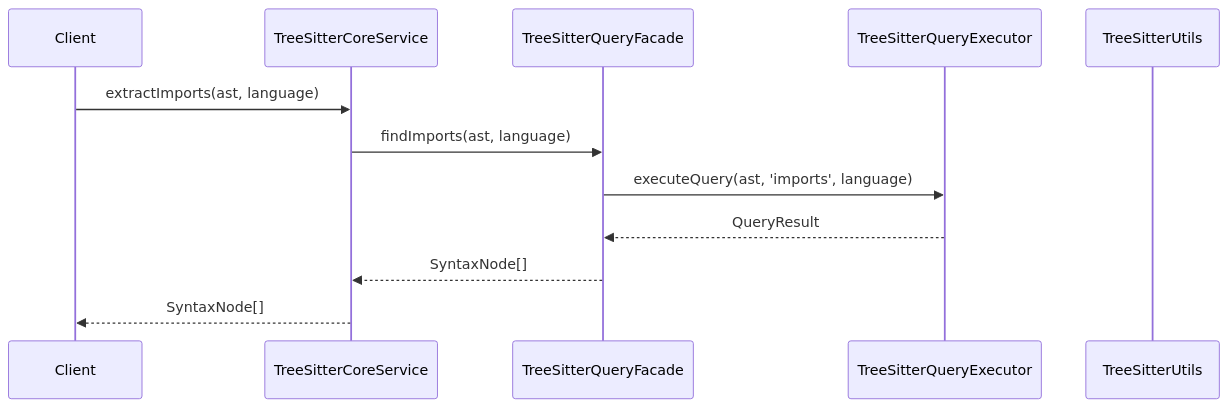
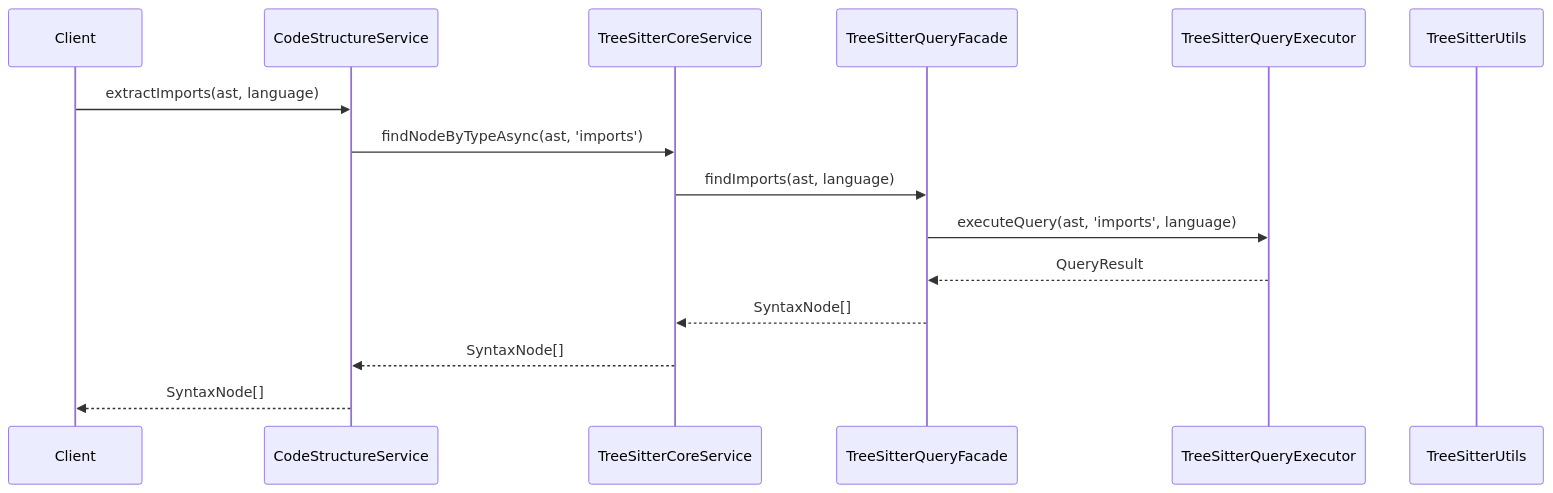
The second of 4 diagrams in src/service/parser/TreeSitter-Architecture-Responsibilities.md (kkkqkx123/code-search-helper), drawn with Mermaid before and after one commit. The commit also changed other lines of this file and 34 other files, not shown here.

````diff
--- a/src/service/parser/TreeSitter-Architecture-Responsibilities.md
+++ b/src/service/parser/TreeSitter-Architecture-Responsibilities.md
@@ -163,15 +224,18 @@
 ```mermaid
 sequenceDiagram
     participant Client
+    participant StructureService as CodeStructureService
     participant CoreService as TreeSitterCoreService
     participant Facade as TreeSitterQueryFacade
     participant Executor as TreeSitterQueryExecutor
     participant Utils as TreeSitterUtils
 
-    Client->>CoreService: extractImports(ast, language)
+    Client->>StructureService: extractImports(ast, language)
+    StructureService->>CoreService: findNodeByTypeAsync(ast, 'imports')
     CoreService->>Facade: findImports(ast, language)
     Facade->>Executor: executeQuery(ast, 'imports', language)
     Executor-->>Facade: QueryResult
     Facade-->>CoreService: SyntaxNode[]
-    CoreService-->>Client: SyntaxNode[]
+    CoreService-->>StructureService: SyntaxNode[]
+    StructureService-->>Client: SyntaxNode[]
 ```
````
